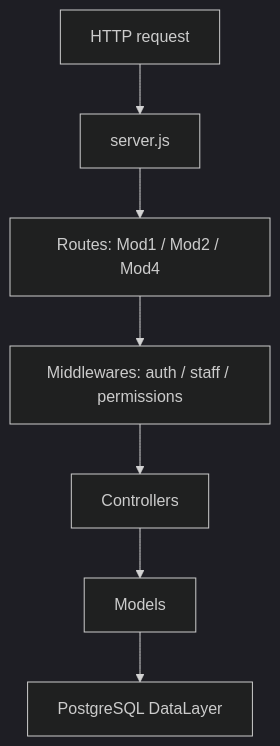
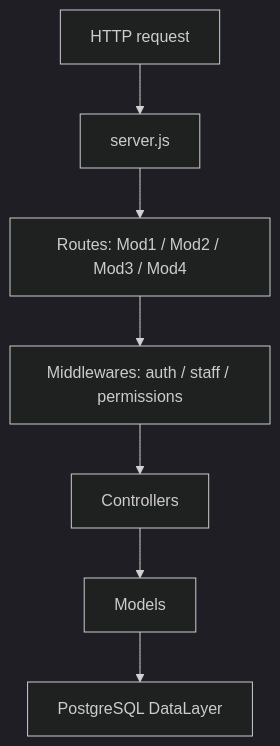
Before and after one commit to bulletproof20/MiaCaoMigo_Engineering: the first of 3 diagrams in 04_Architecture/02_Application/04_Generated_Docs/Backend.md, drawn with Mermaid (dark theme). The commit also changed other lines of this file and 22 other files, not shown here.

````diff
--- a/04_Architecture/02_Application/04_Generated_Docs/Backend.md
+++ b/04_Architecture/02_Application/04_Generated_Docs/Backend.md
@@ -36,9 +41,9 @@
 ```mermaid
 flowchart TD
   request["HTTP request"] --> server["server.js"]
-  server --> routes["Routes: Mod1 / Mod2 / Mod4"]
+  server --> routes["Routes: Mod1 / Mod2 / Mod3 / Mod4"]
   routes --> guards["Middlewares: auth / staff / permissions"]
   guards --> controllers["Controllers"]
   controllers --> models["Models"]
   models --> database["PostgreSQL DataLayer"]
 ```
````
